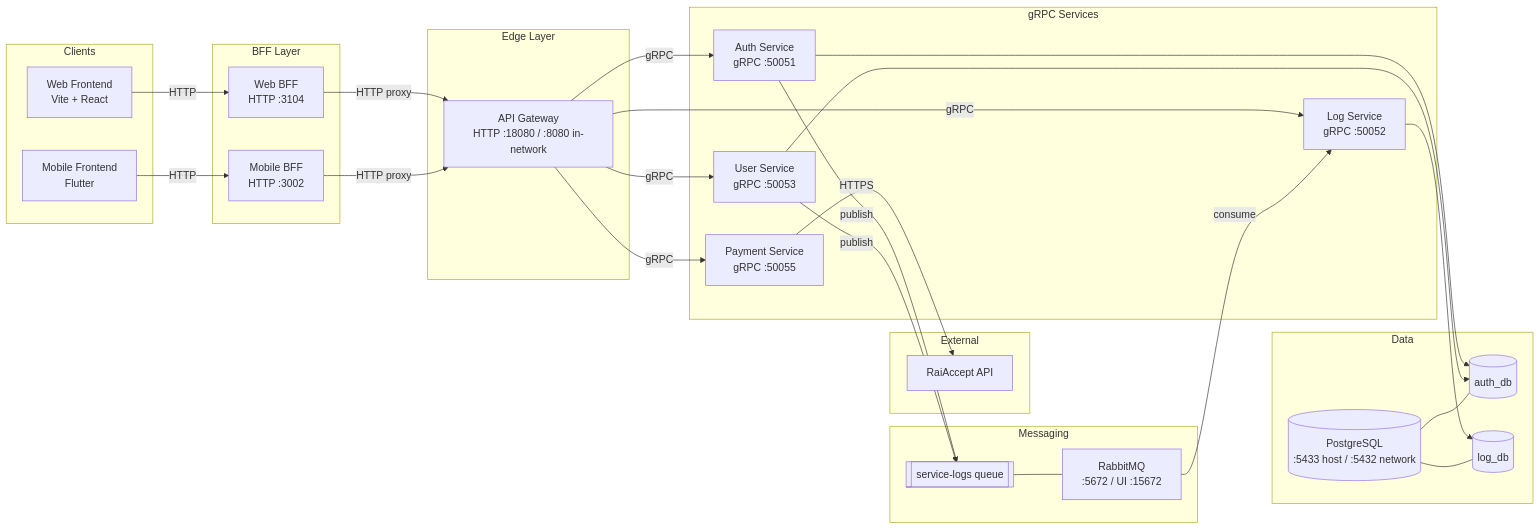
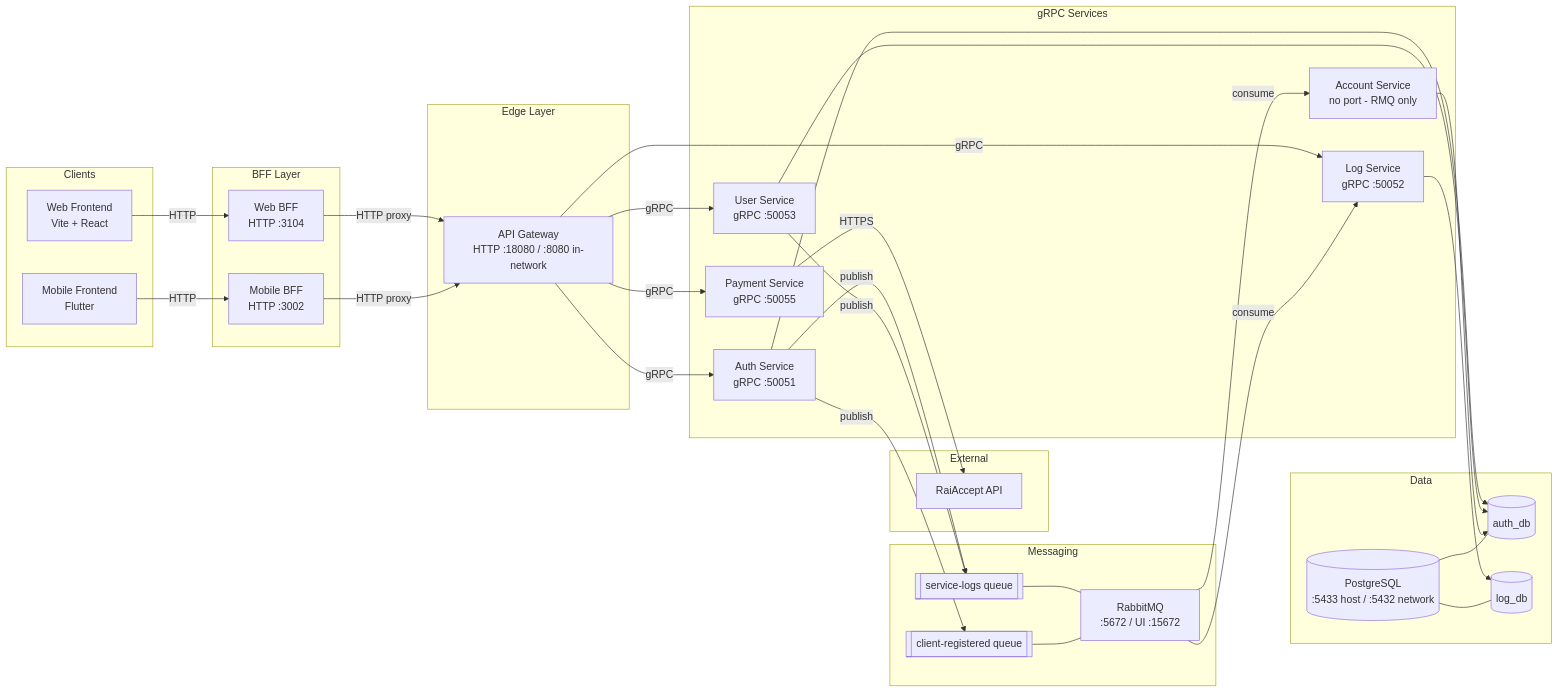
One commit to florentqevani/digital-wallet changed the diagram in README.md. Above: the diagram before and after it, drawn with Mermaid. The commit also changed other lines of this file and 11 other files, not shown here.

````diff
--- a/README.md
+++ b/README.md
@@ -18,63 +36,69 @@
 ```mermaid
 flowchart LR
   subgraph Clients
     WF[Web Frontend\nVite + React]
     MF[Mobile Frontend\nFlutter]
   end
 
   subgraph BFF Layer
     WB[Web BFF\nHTTP :3104]
     MB[Mobile BFF\nHTTP :3002]
   end
 
   subgraph Edge Layer
     AG[API Gateway\nHTTP :18080 / :8080 in-network]
   end
 
   subgraph gRPC Services
     AS[Auth Service\ngRPC :50051]
     LS[Log Service\ngRPC :50052]
     US[User Service\ngRPC :50053]
+    ACS[Account Service\nno port - RMQ only]
     PS[Payment Service\ngRPC :50055]
   end
 
   subgraph External
     RAI[RaiAccept API]
   end
 
   subgraph Messaging
     RMQ[RabbitMQ\n:5672 / UI :15672]
-    Q[[service-logs queue]]
+    SL[[service-logs queue]]
+    CR[[client-registered queue]]
   end
 
   subgraph Data
     P[(PostgreSQL\n:5433 host / :5432 network)]
     ADB[(auth_db)]
     LDB[(log_db)]
   end
 
   WF -->|HTTP| WB
   MF -->|HTTP| MB
 
   WB -->|HTTP proxy| AG
   MB -->|HTTP proxy| AG
 
   AG -->|gRPC| AS
   AG -->|gRPC| LS
   AG -->|gRPC| US
   AG -->|gRPC| PS
 
   PS -->|HTTPS| RAI
 
-  AS -->|publish| Q
-  US -->|publish| Q
-  Q --- RMQ
+  AS -->|publish| SL
+  AS -->|publish| CR
+  US -->|publish| SL
+  SL --- RMQ
+  CR --- RMQ
   RMQ -->|consume| LS
+  RMQ -->|consume| ACS
 
   AS --> ADB
   US --> ADB
+  ACS --> ADB
   LS --> LDB
 
   P --- ADB
   P --- LDB
 ```
````
